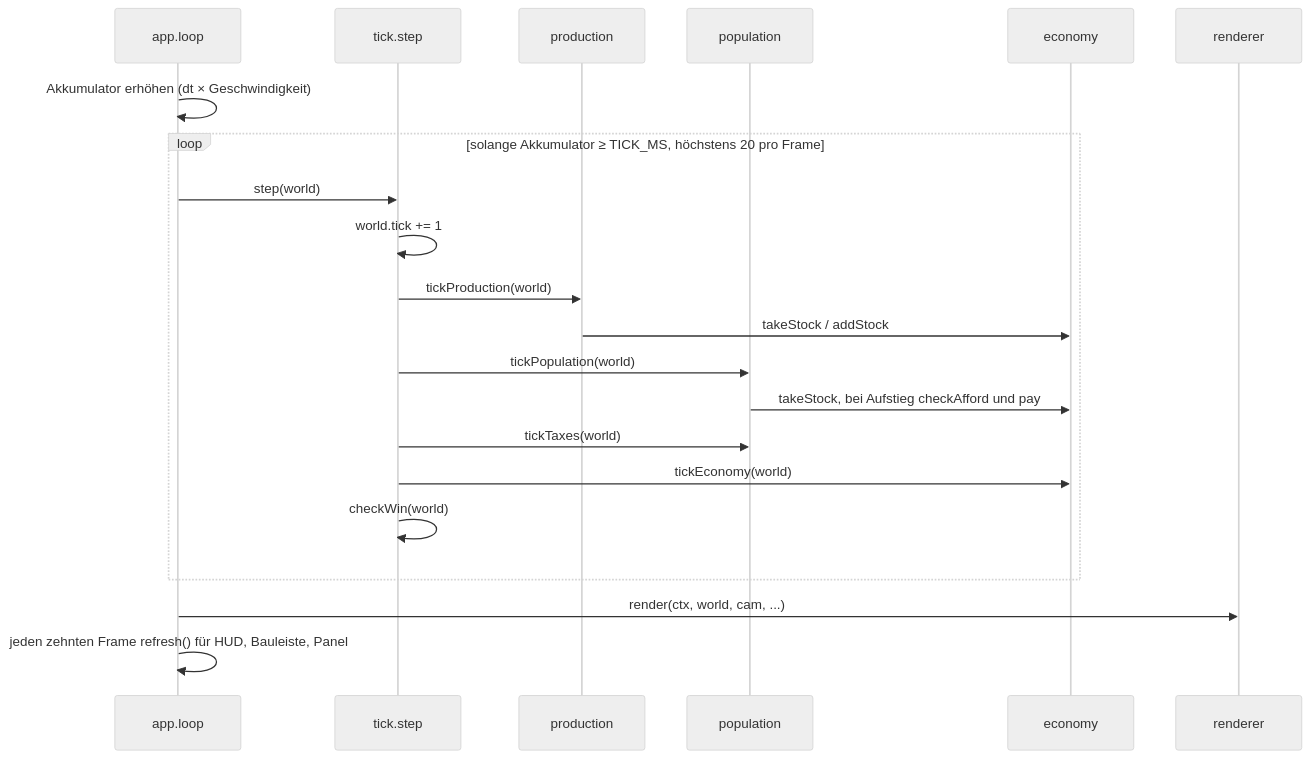
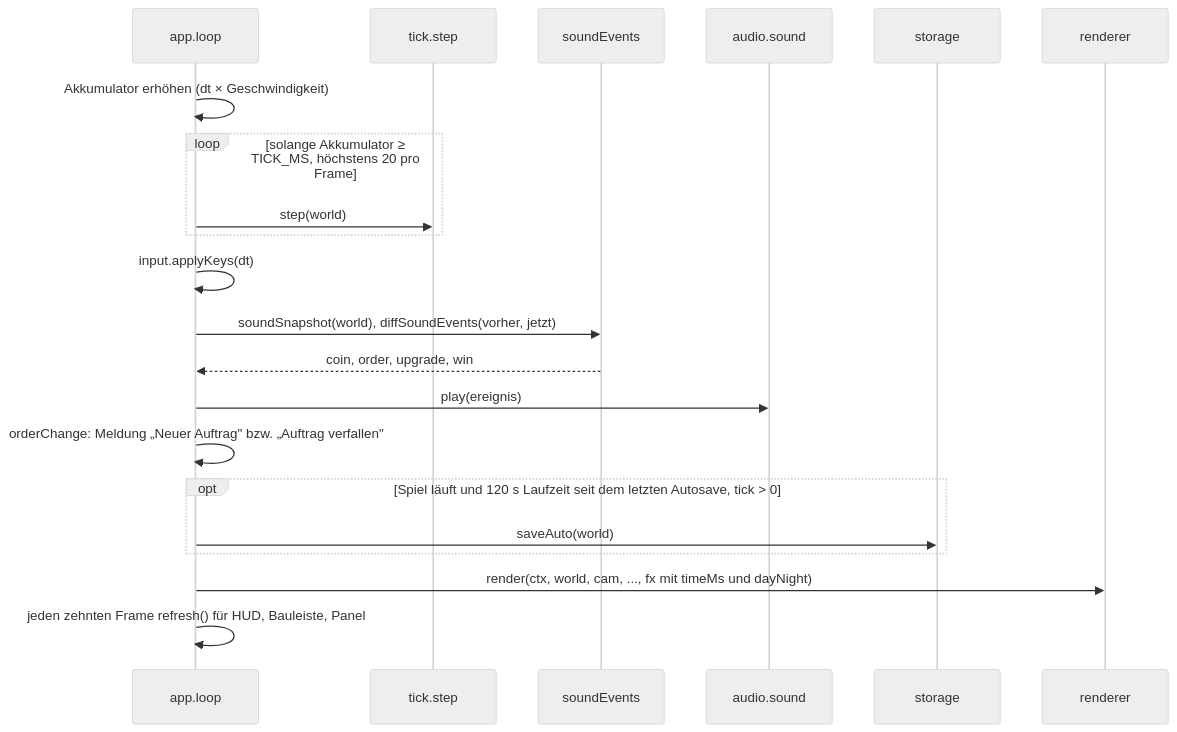
The third of 7 diagrams in docs/arc42.md (konstantinniedermann/Inselreich), drawn with Mermaid (neutral theme) before and after one commit. The commit also changed other lines of this file and 8 other files, not shown here.

````diff
--- a/docs/arc42.md
+++ b/docs/arc42.md
@@ -156,23 +191,23 @@
 ```mermaid
 sequenceDiagram
   participant GL as app.loop
   participant Tick as tick.step
-  participant Prod as production
-  participant Pop as population
-  participant Eco as economy
+  participant SE as soundEvents
+  participant Snd as audio.sound
+  participant St as storage
   participant Ren as renderer
   GL->>GL: Akkumulator erhöhen (dt × Geschwindigkeit)
   loop solange Akkumulator ≥ TICK_MS, höchstens 20 pro Frame
     GL->>Tick: step(world)
-    Tick->>Tick: world.tick += 1
-    Tick->>Prod: tickProduction(world)
-    Prod->>Eco: takeStock / addStock
-    Tick->>Pop: tickPopulation(world)
-    Pop->>Eco: takeStock, bei Aufstieg checkAfford und pay
-    Tick->>Pop: tickTaxes(world)
-    Tick->>Eco: tickEconomy(world)
-    Tick->>Tick: checkWin(world)
   end
-  GL->>Ren: render(ctx, world, cam, ...)
+  GL->>GL: input.applyKeys(dt)
+  GL->>SE: soundSnapshot(world), diffSoundEvents(vorher, jetzt)
+  SE-->>GL: coin, order, upgrade, win
+  GL->>Snd: play(ereignis)
+  GL->>GL: orderChange: Meldung „Neuer Auftrag" bzw. „Auftrag verfallen"
+  opt Spiel läuft und 120 s Laufzeit seit dem letzten Autosave, tick > 0
+    GL->>St: saveAuto(world)
+  end
+  GL->>Ren: render(ctx, world, cam, ..., fx mit timeMs und dayNight)
   GL->>GL: jeden zehnten Frame refresh() für HUD, Bauleiste, Panel
 ```
````
